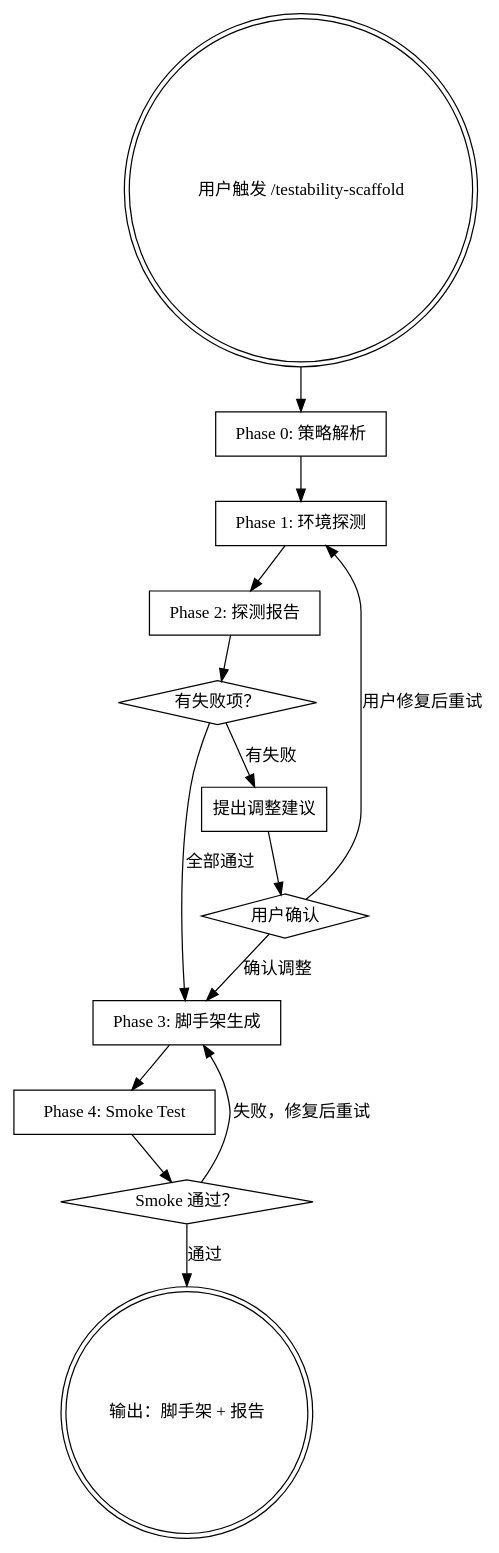
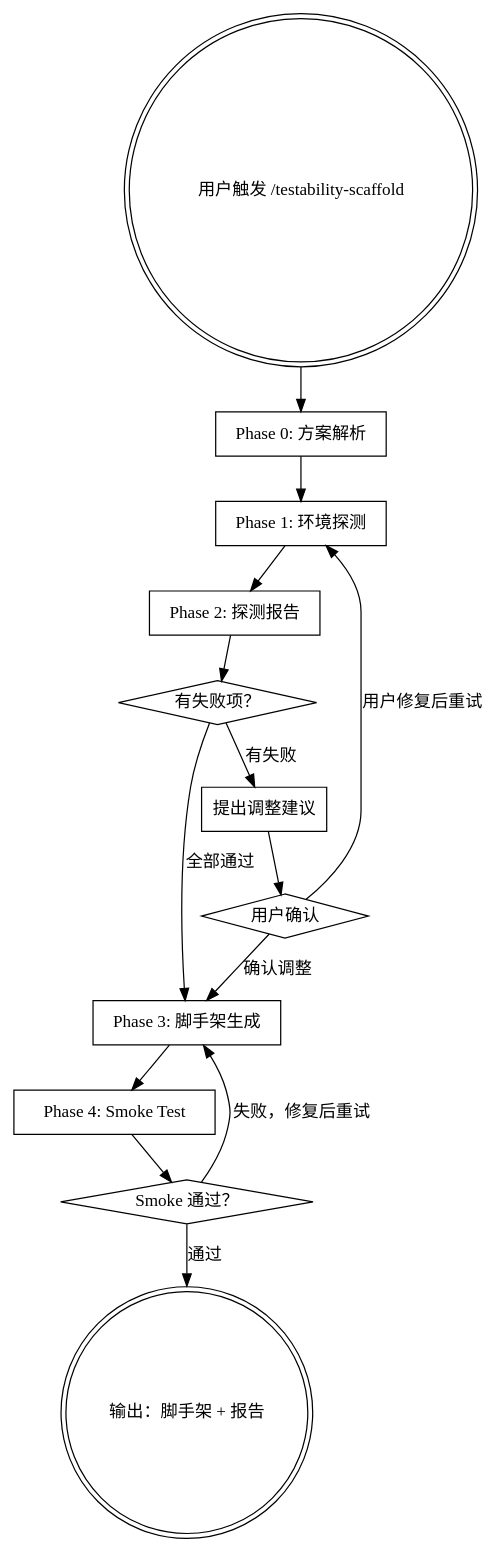
The diagram in skills/testability-scaffold/SKILL.md (dannnney/echo-tdd), drawn with Graphviz before and after one commit. The commit also changed other lines of this file and 9 other files, not shown here.

````diff
--- a/skills/testability-scaffold/SKILL.md
+++ b/skills/testability-scaffold/SKILL.md
@@ -39,31 +39,31 @@
 ```dot
 digraph scaffold {
     rankdir=TB;
 
     "用户触发 /testability-scaffold" [shape=doublecircle];
-    "Phase 0: 策略解析" [shape=box];
+    "Phase 0: 方案解析" [shape=box];
     "Phase 1: 环境探测" [shape=box];
     "Phase 2: 探测报告" [shape=box];
     "有失败项？" [shape=diamond];
     "提出调整建议" [shape=box];
     "用户确认" [shape=diamond];
     "Phase 3: 脚手架生成" [shape=box];
     "Phase 4: Smoke Test" [shape=box];
     "Smoke 通过？" [shape=diamond];
     "输出：脚手架 + 报告" [shape=doublecircle];
 
-    "用户触发 /testability-scaffold" -> "Phase 0: 策略解析";
-    "Phase 0: 策略解析" -> "Phase 1: 环境探测";
+    "用户触发 /testability-scaffold" -> "Phase 0: 方案解析";
+    "Phase 0: 方案解析" -> "Phase 1: 环境探测";
     "Phase 1: 环境探测" -> "Phase 2: 探测报告";
     "Phase 2: 探测报告" -> "有失败项？";
     "有失败项？" -> "Phase 3: 脚手架生成" [label="全部通过"];
     "有失败项？" -> "提出调整建议" [label="有失败"];
     "提出调整建议" -> "用户确认";
     "用户确认" -> "Phase 3: 脚手架生成" [label="确认调整"];
     "用户确认" -> "Phase 1: 环境探测" [label="用户修复后重试"];
     "Phase 3: 脚手架生成" -> "Phase 4: Smoke Test";
     "Phase 4: Smoke Test" -> "Smoke 通过？";
     "Smoke 通过？" -> "输出：脚手架 + 报告" [label="通过"];
     "Smoke 通过？" -> "Phase 3: 脚手架生成" [label="失败，修复后重试"];
 }
 ```
````
